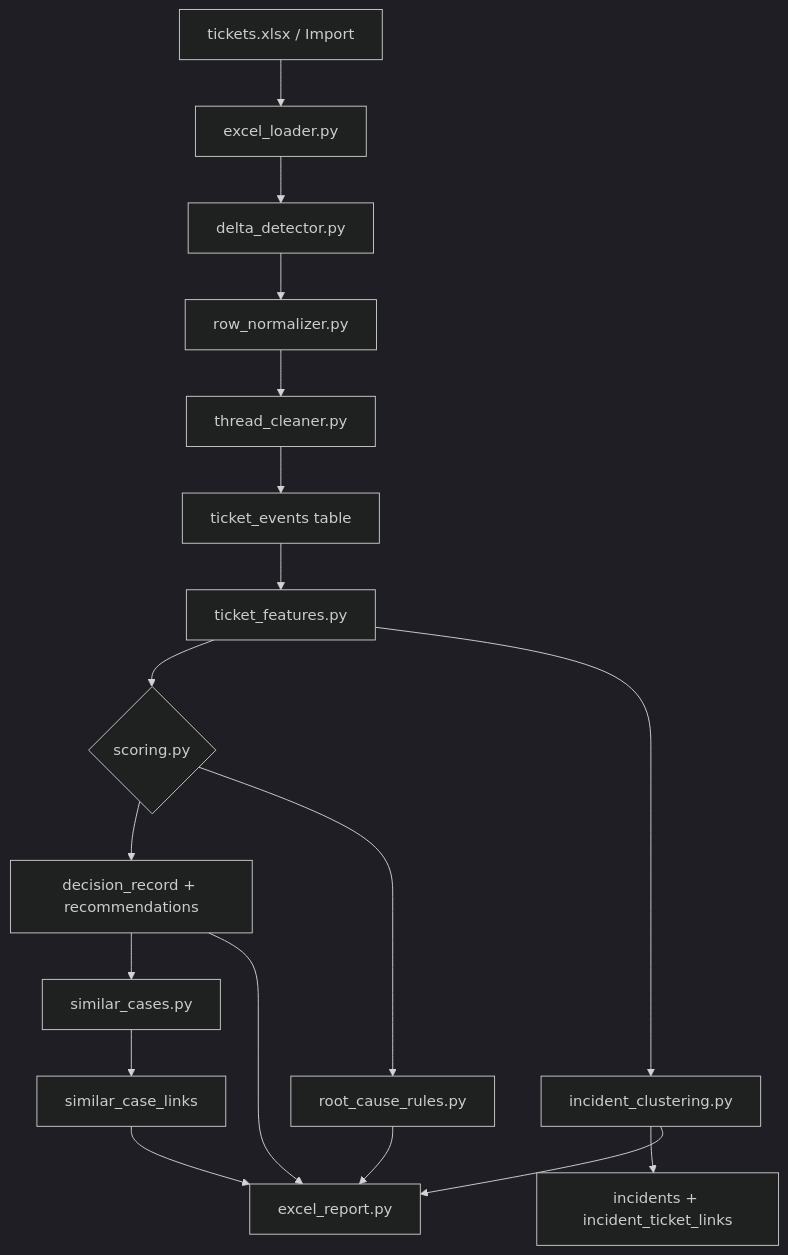
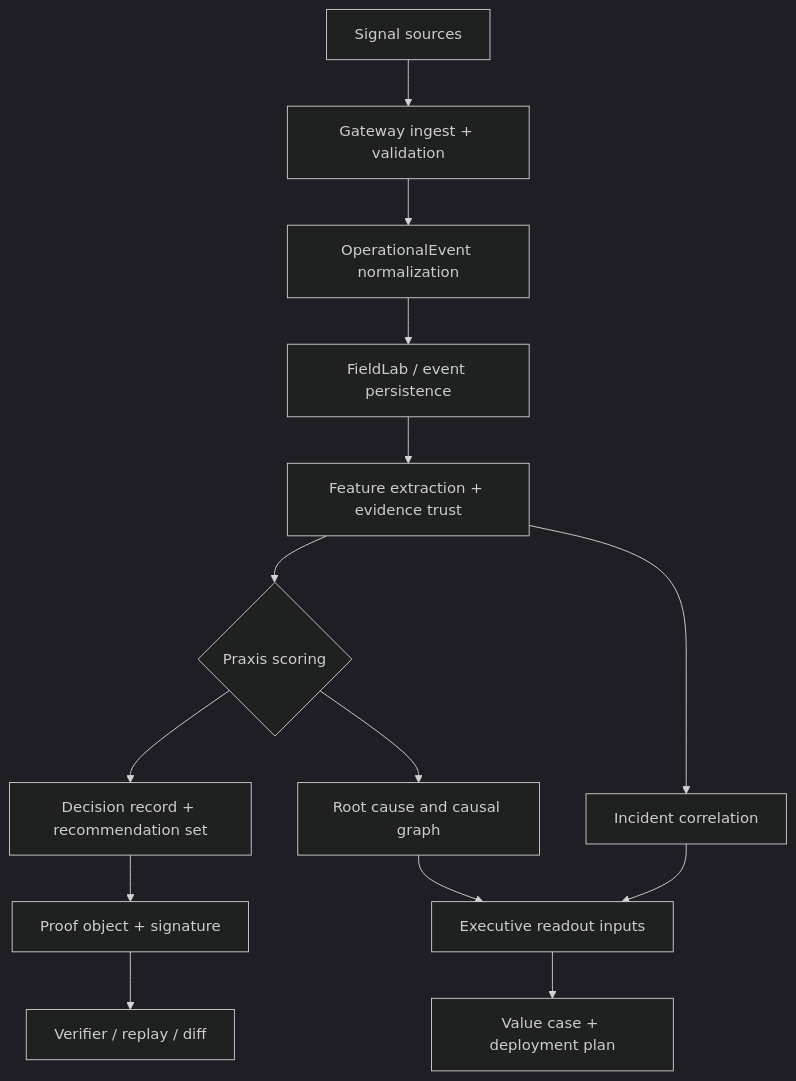
One commit to AngelP17/Praxis changed the second of 3 diagrams in docs/architecture/system-overview.md. Above: the diagram before and after it, drawn with Mermaid (dark theme). The commit also changed other lines of this file and 9 other files, not shown here.

Commit message:
Refresh deployment and architecture docs

````diff
--- a/docs/architecture/system-overview.md
+++ b/docs/architecture/system-overview.md
@@ -33,20 +32,16 @@
 ```mermaid
 flowchart TD
-    A[tickets.xlsx / Import] --> B[excel_loader.py]
-    B --> C[delta_detector.py]
-    C --> D[row_normalizer.py]
-    D --> E[thread_cleaner.py]
-    E --> F[ticket_events table]
-    F --> G[ticket_features.py]
-    G --> H{scoring.py}
-    H --> I[decision_record + recommendations]
-    H --> J[root_cause_rules.py]
-    G --> K[incident_clustering.py]
-    K --> L[incidents + incident_ticket_links]
-    I --> M[similar_cases.py]
-    M --> N[similar_case_links]
-    I --> O[excel_report.py]
-    J --> O
-    K --> O
-    N --> O
+    A["Signal sources"] --> B["Gateway ingest + validation"]
+    B --> C["OperationalEvent normalization"]
+    C --> D["FieldLab / event persistence"]
+    D --> E["Feature extraction + evidence trust"]
+    E --> F{"Praxis scoring"}
+    F --> G["Decision record + recommendation set"]
+    F --> H["Root cause and causal graph"]
+    E --> I["Incident correlation"]
+    G --> J["Proof object + signature"]
+    H --> K["Executive readout inputs"]
+    I --> K
+    J --> L["Verifier / replay / diff"]
+    K --> M["Value case + deployment plan"]
 ```
````
